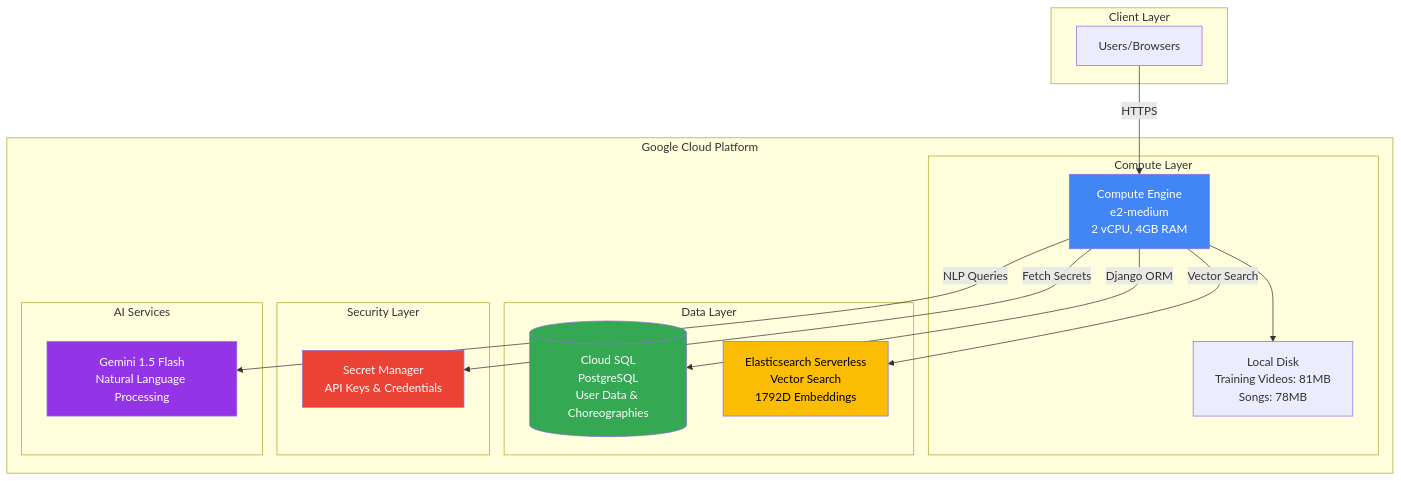
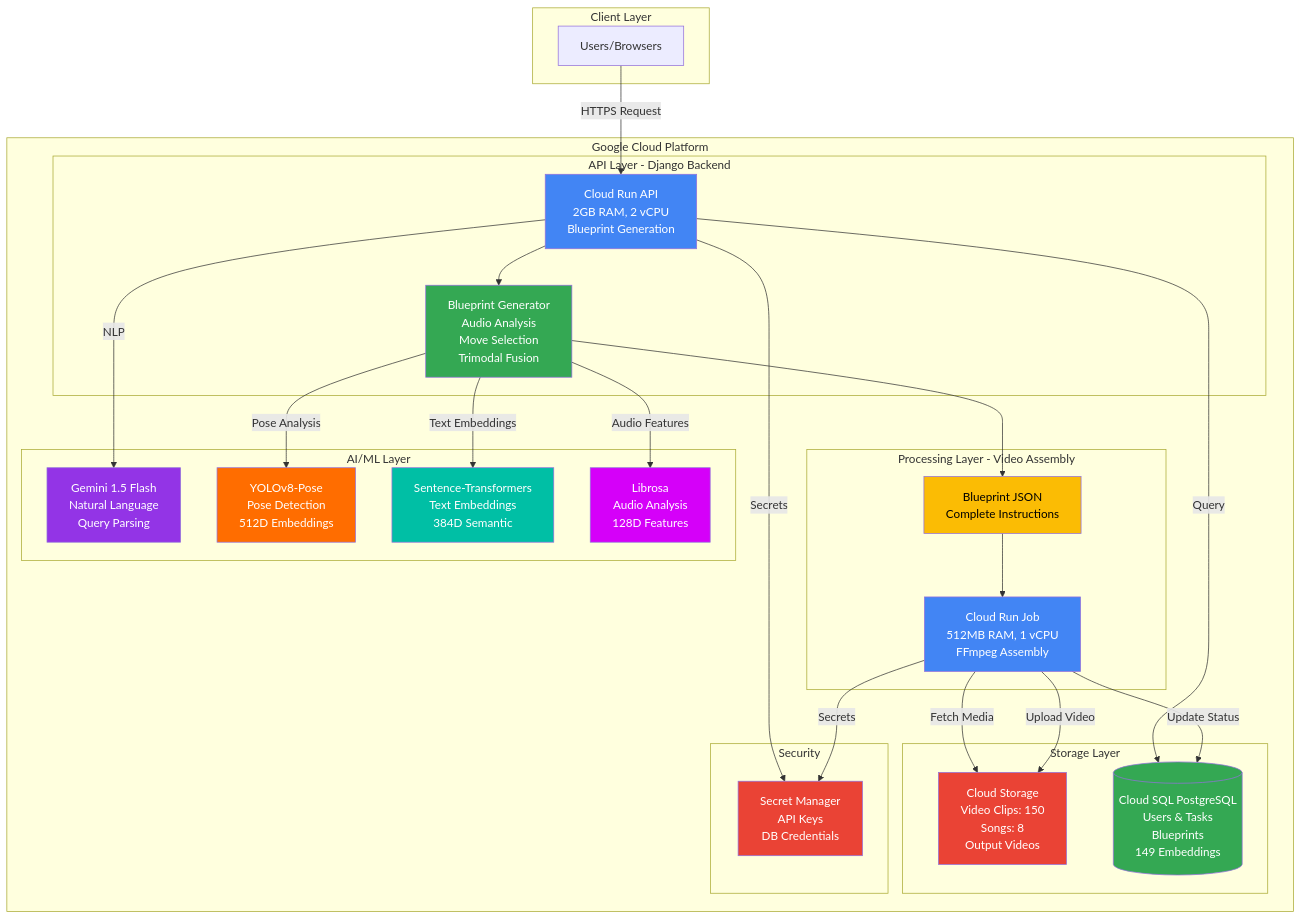
Before and after one commit to erickrex/bachata_buddy: the second of 3 diagrams in README.md, drawn with Mermaid. The commit also changed other lines of this file, not shown here.

````diff
--- a/README.md
+++ b/README.md
@@ -808,39 +810,61 @@
 ```mermaid
 graph TB
     subgraph "Client Layer"
         U[Users/Browsers]
     end
     
     subgraph "Google Cloud Platform"
-        subgraph "Compute Layer"
-            CE[Compute Engine<br/>e2-medium<br/>2 vCPU, 4GB RAM]
-            LD[Local Disk<br/>Training Videos: 81MB<br/>Songs: 78MB]
-            CE --> LD
+        subgraph "API Layer - Django Backend"
+            API[Cloud Run API<br/>2GB RAM, 2 vCPU<br/>Blueprint Generation]
+            BG[Blueprint Generator<br/>Audio Analysis<br/>Move Selection<br/>Trimodal Fusion]
+            API --> BG
         end
         
-        subgraph "Data Layer"
-            SQL[(Cloud SQL<br/>PostgreSQL<br/>User Data & Choreographies)]
-            ES[Elasticsearch Serverless<br/>Vector Search<br/>1792D Embeddings]
+        subgraph "Processing Layer - Video Assembly"
+            JOB[Cloud Run Job<br/>512MB RAM, 1 vCPU<br/>FFmpeg Assembly]
+            BP[Blueprint JSON<br/>Complete Instructions]
+            BG --> BP
+            BP --> JOB
         end
         
-        subgraph "Security Layer"
-            SM[Secret Manager<br/>API Keys & Credentials]
+        subgraph "Storage Layer"
+            GCS[Cloud Storage<br/>Video Clips: 150<br/>Songs: 8<br/>Output Videos]
+            SQL[(Cloud SQL PostgreSQL<br/>Users & Tasks<br/>Blueprints<br/>149 Embeddings)]
         end
         
-        subgraph "AI Services"
-            GEMINI[Gemini 1.5 Flash<br/>Natural Language Processing]
+        subgraph "AI/ML Layer"
+            GEMINI[Gemini 1.5 Flash<br/>Natural Language<br/>Query Parsing]
+            YOLO[YOLOv8-Pose<br/>Pose Detection<br/>512D Embeddings]
+            ST[Sentence-Transformers<br/>Text Embeddings<br/>384D Semantic]
+            LIB[Librosa<br/>Audio Analysis<br/>128D Features]
+        end
+        
+        subgraph "Security"
+            SM[Secret Manager<br/>API Keys<br/>DB Credentials]
         end
     end
     
-    U -->|HTTPS| CE
-    CE -->|Django ORM| SQL
-    CE -->|Vector Search| ES
-    CE -->|Fetch Secrets| SM
-    CE -->|NLP Queries| GEMINI
+    U -->|HTTPS Request| API
+    API -->|Query| SQL
+    API -->|NLP| GEMINI
+    BG -->|Pose Analysis| YOLO
+    BG -->|Text Embeddings| ST
+    BG -->|Audio Features| LIB
+    JOB -->|Fetch Media| GCS
+    JOB -->|Update Status| SQL
+    JOB -->|Upload Video| GCS
+    API -->|Secrets| SM
+    JOB -->|Secrets| SM
     
-    style CE fill:#4285f4,color:#fff
+    style API fill:#4285f4,color:#fff
+    style JOB fill:#4285f4,color:#fff
+    style BG fill:#34a853,color:#fff
+    style BP fill:#fbbc04,color:#000
     style SQL fill:#34a853,color:#fff
-    style ES fill:#fbbc04,color:#000
+    style GCS fill:#ea4335,color:#fff
+    style GEMINI fill:#9334e6,color:#fff
+    style YOLO fill:#ff6d00,color:#fff
+    style ST fill:#00bfa5,color:#fff
+    style LIB fill:#d500f9,color:#fff
     style SM fill:#ea4335,color:#fff
-    style GEMINI fill:#9334e6,color:#fff
 ```
````
